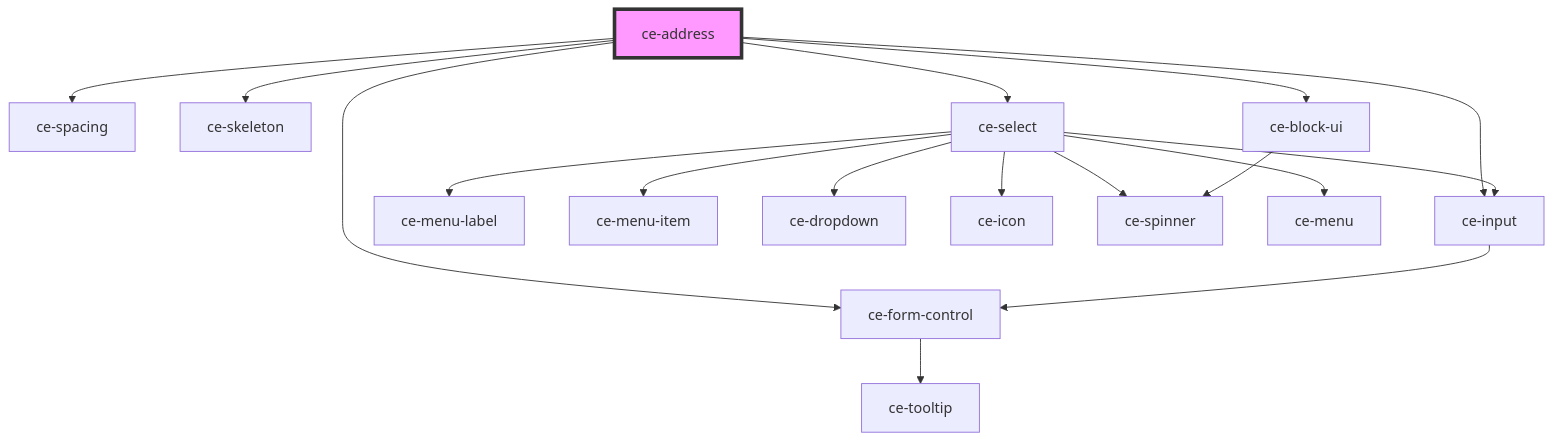
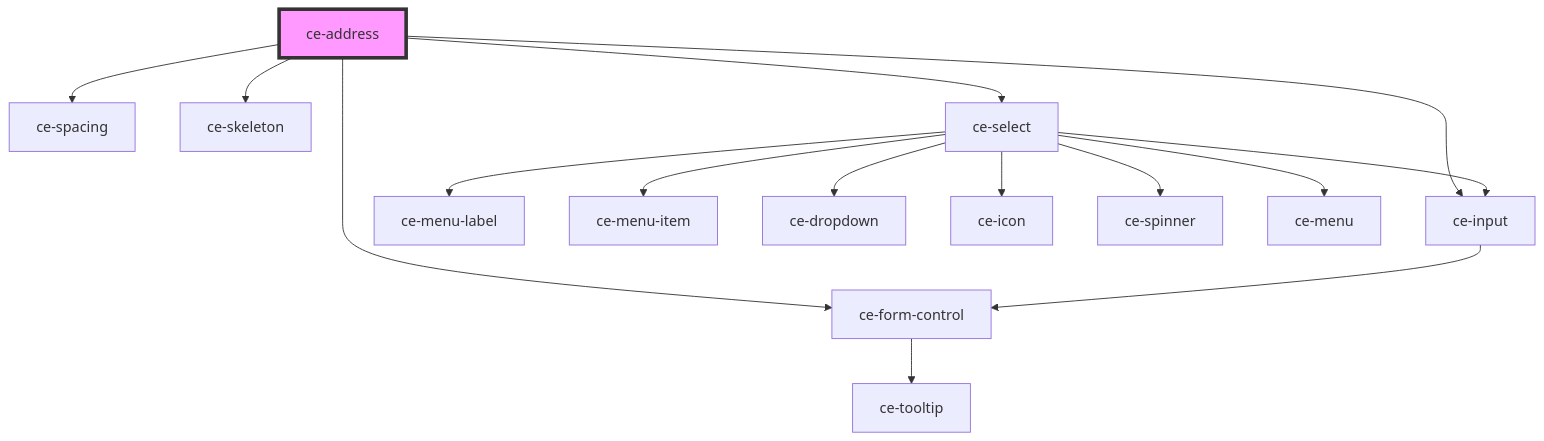
Before and after one commit to surecart/surecart-wp-plugin: the diagram in packages/components/src/components/ui/ce-address/readme.md, drawn with Mermaid. The commit also changed other lines of this file and 48 other files, not shown here.

````diff
--- a/packages/components/src/components/ui/ce-address/readme.md
+++ b/packages/components/src/components/ui/ce-address/readme.md
@@ -38,20 +37,18 @@
 ```mermaid
 graph TD;
   ce-address --> ce-input
   ce-address --> ce-form-control
   ce-address --> ce-spacing
   ce-address --> ce-skeleton
   ce-address --> ce-select
-  ce-address --> ce-block-ui
   ce-input --> ce-form-control
   ce-form-control --> ce-tooltip
   ce-select --> ce-menu-label
   ce-select --> ce-menu-item
   ce-select --> ce-dropdown
   ce-select --> ce-icon
   ce-select --> ce-input
   ce-select --> ce-spinner
   ce-select --> ce-menu
-  ce-block-ui --> ce-spinner
   style ce-address fill:#f9f,stroke:#333,stroke-width:4px
 ```
````
